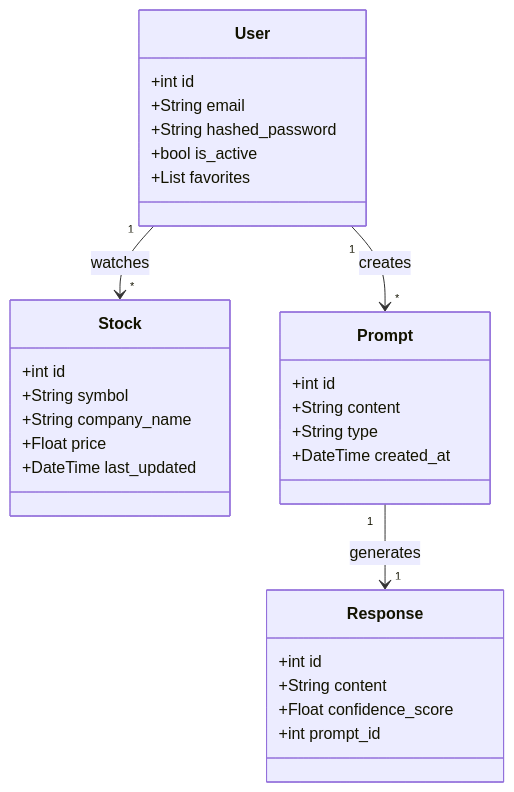
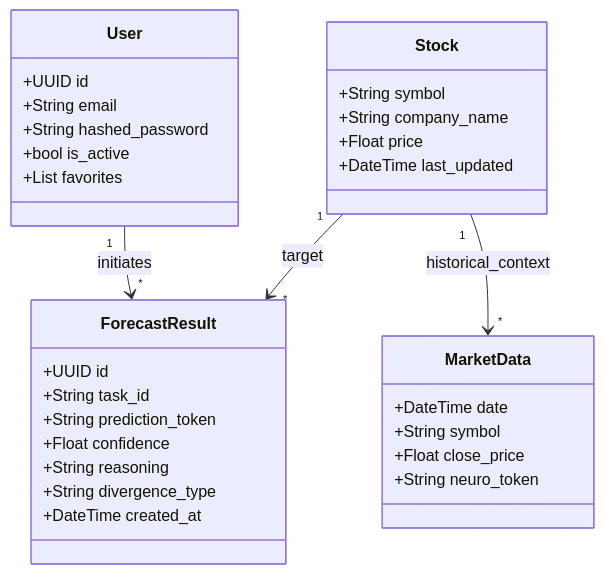
The diagram in docs/class_diagram.mmd (MuhammetAliVarlik/FinwiseBackend), drawn with Mermaid before and after one commit. The commit also changed 18 other files, not shown here.

```diff
--- a/docs/class_diagram.mmd
+++ b/docs/class_diagram.mmd
@@ -1,34 +1,36 @@
 classDiagram
     class User {
-        +int id
+        +UUID id
         +String email
         +String hashed_password
         +bool is_active
         +List favorites
     }
 
     class Stock {
-        +int id
         +String symbol
         +String company_name
         +Float price
         +DateTime last_updated
     }
 
-    class Prompt {
-        +int id
-        +String content
-        +String type
+    class ForecastResult {
+        +UUID id
+        +String task_id
+        +String prediction_token
+        +Float confidence
+        +String reasoning
+        +String divergence_type
         +DateTime created_at
     }
 
-    class Response {
-        +int id
-        +String content
-        +Float confidence_score
-        +int prompt_id
+    class MarketData {
+        +DateTime date
+        +String symbol
+        +Float close_price
+        +String neuro_token
     }
 
-    User "1" --> "*" Prompt : creates
-    Prompt "1" --> "1" Response : generates
-    User "1" --> "*" Stock : watches
+    User "1" --> "*" ForecastResult : initiates
+    Stock "1" --> "*" ForecastResult : target
+    Stock "1" --> "*" MarketData : historical_context
```
